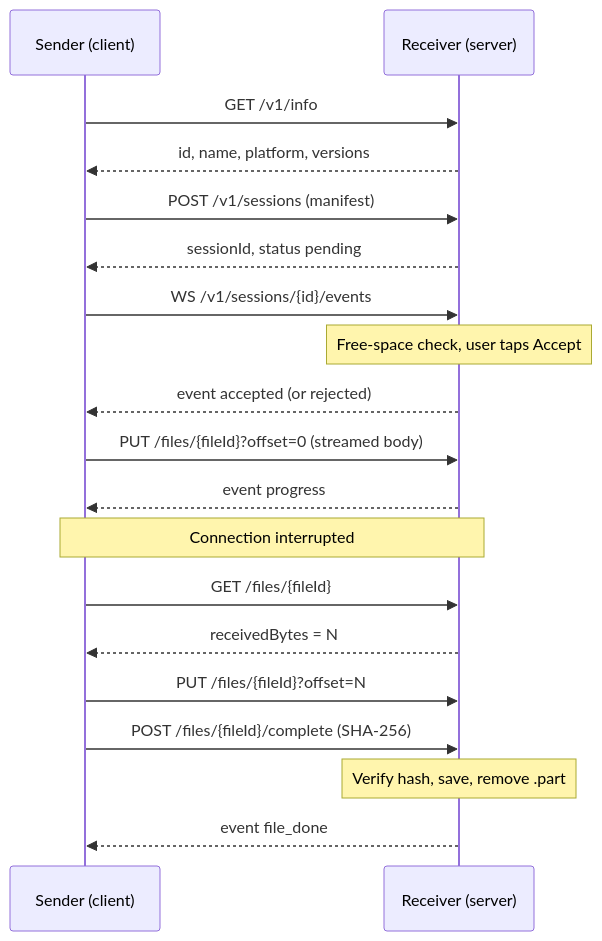
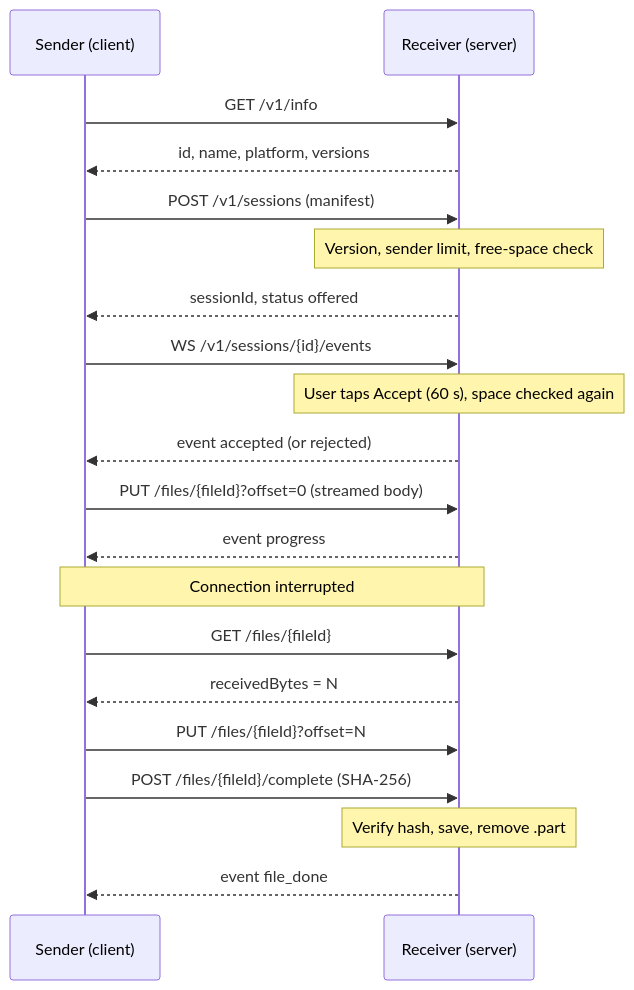
One commit to shreyashjunje/CrossDrops changed the third of 4 diagrams in docs/ARCHITECTURE.md. Above: the diagram before and after it, drawn with Mermaid. The commit also changed other lines of this file and 9 other files, not shown here.

````diff
--- a/docs/ARCHITECTURE.md
+++ b/docs/ARCHITECTURE.md
@@ -100,21 +100,22 @@
 ```mermaid
 sequenceDiagram
   participant S as Sender (client)
   participant R as Receiver (server)
   S->>R: GET /v1/info
   R-->>S: id, name, platform, versions
   S->>R: POST /v1/sessions (manifest)
-  R-->>S: sessionId, status pending
+  Note over R: Version, sender limit, free-space check
+  R-->>S: sessionId, status offered
   S->>R: WS /v1/sessions/{id}/events
-  Note over R: Free-space check, user taps Accept
+  Note over R: User taps Accept (60 s), space checked again
   R-->>S: event accepted (or rejected)
   S->>R: PUT /files/{fileId}?offset=0 (streamed body)
   R-->>S: event progress
   Note over S,R: Connection interrupted
   S->>R: GET /files/{fileId}
   R-->>S: receivedBytes = N
   S->>R: PUT /files/{fileId}?offset=N
   S->>R: POST /files/{fileId}/complete (SHA-256)
   Note over R: Verify hash, save, remove .part
   R-->>S: event file_done
 ```
````
